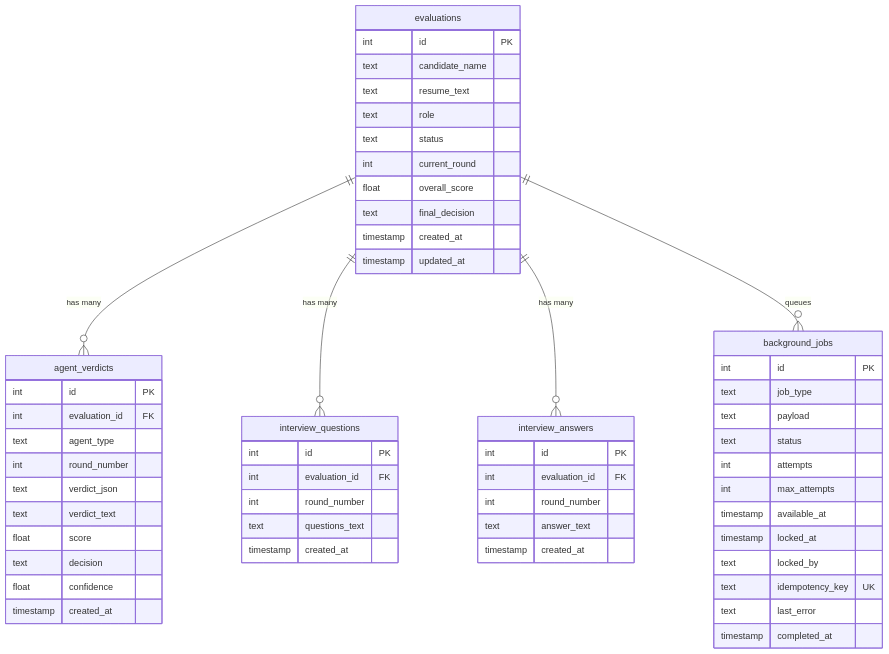
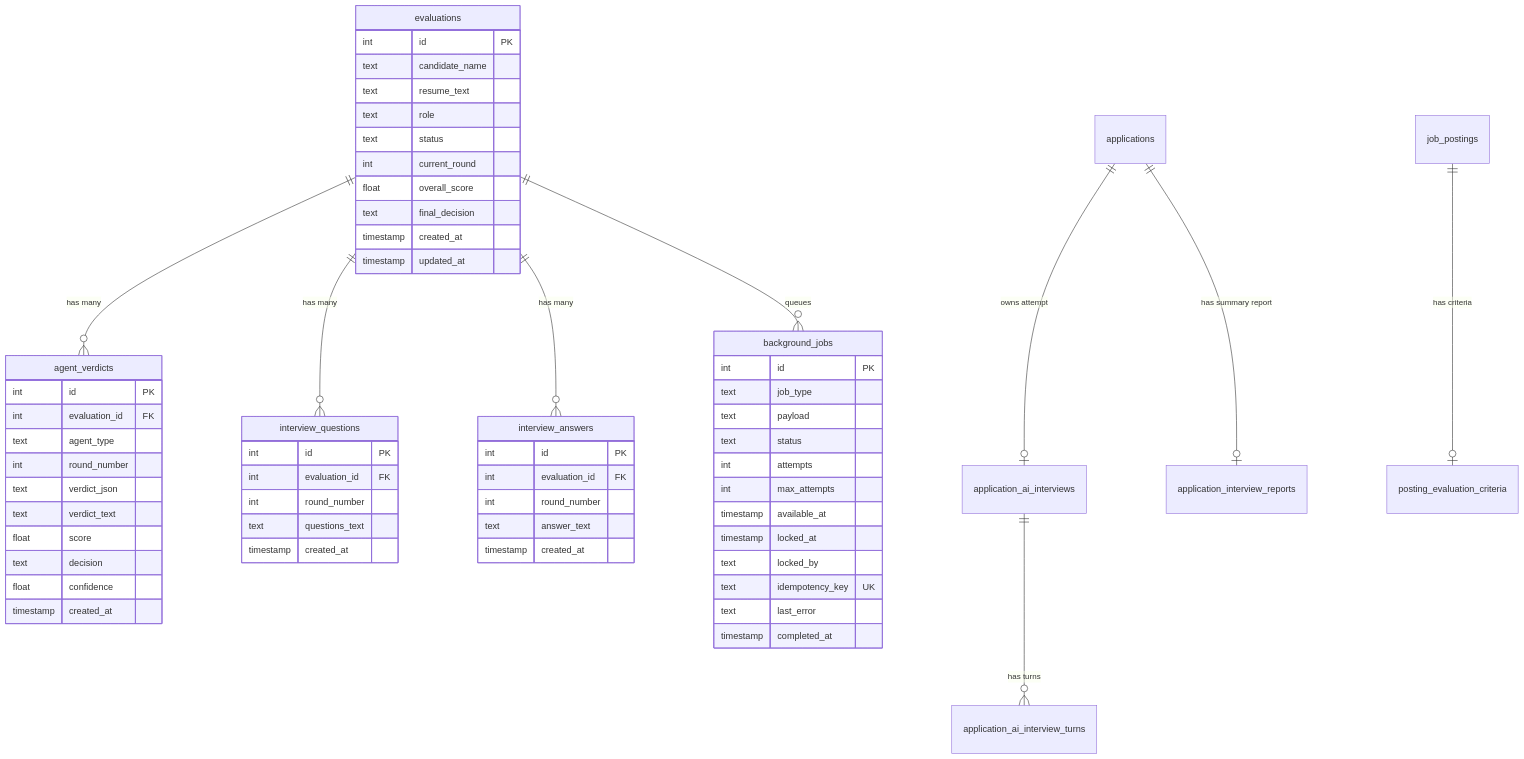
The diagram in docs/DATA_MODEL.md (shwejan005/interviewagent), drawn with Mermaid before and after one commit. The commit also changed other lines of this file and 52 other files, not shown here.

Commit message:
feat: implement application-linked AI interviews

````diff
--- a/docs/DATA_MODEL.md
+++ b/docs/DATA_MODEL.md
@@ -26,60 +28,64 @@
 ```mermaid
 erDiagram
     evaluations ||--o{ agent_verdicts : "has many"
     evaluations ||--o{ interview_questions : "has many"
     evaluations ||--o{ interview_answers : "has many"
     evaluations ||--o{ background_jobs : "queues"
+    applications ||--o| application_ai_interviews : "owns attempt"
+    application_ai_interviews ||--o{ application_ai_interview_turns : "has turns"
+    applications ||--o| application_interview_reports : "has summary report"
+    job_postings ||--o| posting_evaluation_criteria : "has criteria"
 
     evaluations {
         int id PK
         text candidate_name
         text resume_text
         text role
         text status
         int current_round
         float overall_score
         text final_decision
         timestamp created_at
         timestamp updated_at
     }
     agent_verdicts {
         int id PK
         int evaluation_id FK
         text agent_type
         int round_number
         text verdict_json
         text verdict_text
         float score
         text decision
         float confidence
         timestamp created_at
     }
     interview_questions {
         int id PK
         int evaluation_id FK
         int round_number
         text questions_text
         timestamp created_at
     }
     interview_answers {
         int id PK
         int evaluation_id FK
         int round_number
         text answer_text
         timestamp created_at
     }
     background_jobs {
         int id PK
         text job_type
         text payload
         text status
         int attempts
         int max_attempts
         timestamp available_at
         timestamp locked_at
         text locked_by
         text idempotency_key UK
         text last_error
         timestamp completed_at
     }
 ```
````
